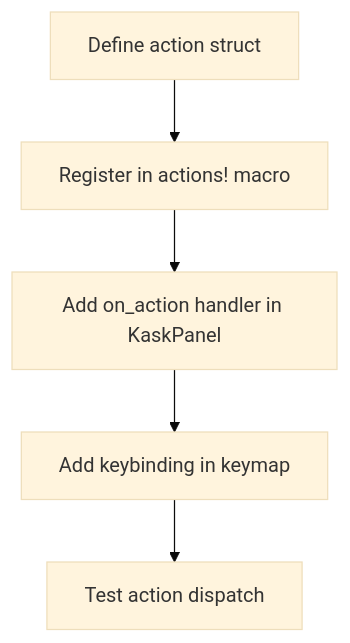
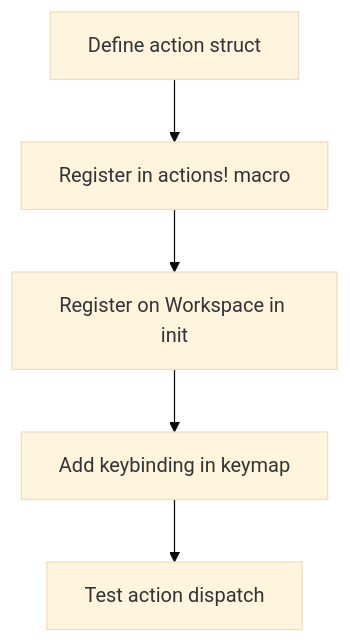
One commit to mdz-axo/zed-kask changed the diagram in kask/docs/diataxis/kask_panel/how-to.md. Above: the diagram before and after it, drawn with Mermaid (base theme). The commit also changed other lines of this file and 33 other files, not shown here.

````diff
--- a/kask/docs/diataxis/kask_panel/how-to.md
+++ b/kask/docs/diataxis/kask_panel/how-to.md
@@ -27,7 +29,7 @@
 ```mermaid
 flowchart TD
     A[Define action struct] --> B[Register in actions! macro]
-    B --> C[Add on_action handler in KaskPanel]
+    B --> C[Register on Workspace in init]
     C --> D[Add keybinding in keymap]
     D --> E[Test action dispatch]
 ```
````
